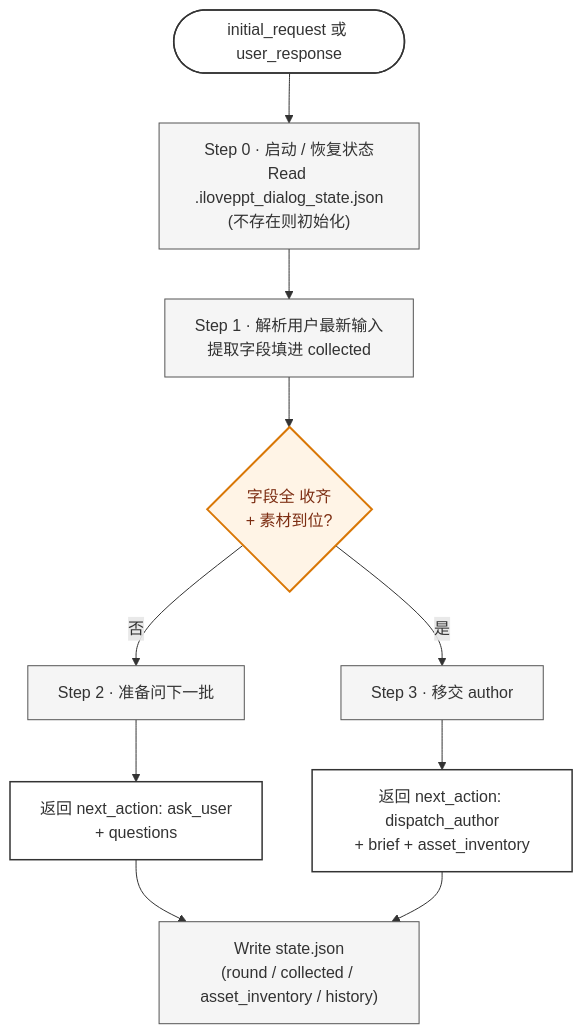
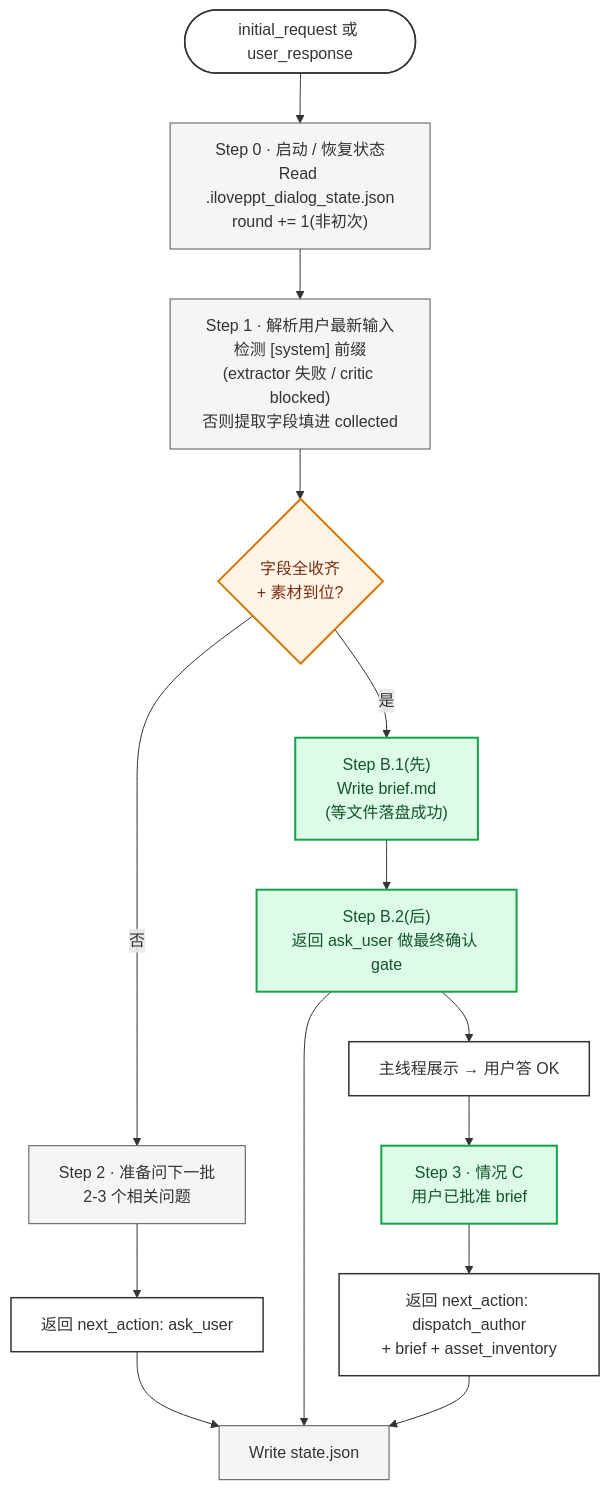
The second of 11 diagrams in docs/agent-internals.zh.md (pcliangx/iLovePPT), drawn with Mermaid before and after one commit. The commit also changed other lines of this file, not shown here.

````diff
--- a/docs/agent-internals.zh.md
+++ b/docs/agent-internals.zh.md
@@ -95,18 +145,24 @@
 ```mermaid
 flowchart TB
     I([initial_request 或 user_response]) --> S0
-    S0["Step 0 · 启动 / 恢复状态<br/>Read .iloveppt_dialog_state.json<br/>(不存在则初始化)"] --> S1
-    S1["Step 1 · 解析用户最新输入<br/>提取字段填进 collected"] --> S2
-    S2{字段全 收齐<br/>+ 素材到位?}
-    S2 -->|否| S3["Step 2 · 准备问下一批"] --> SA["返回 next_action: ask_user<br/>+ questions"]
-    S2 -->|是| S4["Step 3 · 移交 author"] --> SB["返回 next_action: dispatch_author<br/>+ brief + asset_inventory"]
-    SA --> W["Write state.json<br/>(round / collected / asset_inventory / history)"]
-    SB --> W
+    S0["Step 0 · 启动 / 恢复状态<br/>Read .iloveppt_dialog_state.json<br/>round += 1(非初次)"] --> S1
+    S1["Step 1 · 解析用户最新输入<br/>检测 [system] 前缀(extractor 失败 / critic blocked)<br/>否则提取字段填进 collected"] --> S2
+    S2{字段全收齐<br/>+ 素材到位?}
+    S2 -->|否| S3["Step 2 · 准备问下一批<br/>2-3 个相关问题"] --> SA["返回 next_action: ask_user"]
+    S2 -->|是| BG["Step B.1(先)<br/>Write brief.md<br/>(等文件落盘成功)"]
+    BG --> BG2["Step B.2(后)<br/>返回 ask_user 做最终确认 gate"]
+    BG2 --> SB["主线程展示 → 用户答 OK"]
+    SB --> S4["Step 3 · 情况 C<br/>用户已批准 brief"]
+    S4 --> SC["返回 next_action: dispatch_author<br/>+ brief + asset_inventory"]
+    SA --> W["Write state.json"]
+    BG2 --> W
+    SC --> W
     classDef io fill:#FFF,stroke:#333,stroke-width:1.5px
     classDef step fill:#F5F5F5,stroke:#555
     classDef gate fill:#FFF4E6,stroke:#D97706,stroke-width:2px,color:#7C2D12
     classDef stage fill:#DCFCE7,stroke:#16A34A,stroke-width:2px,color:#14532D
-    class I,SA,SB io
-    class S0,S1,S3,S4,W step
+    class I,SA,SB,SC io
+    class S0,S1,S3,W step
     class S2 gate
+    class S4,BG,BG2 stage
 ```
````
